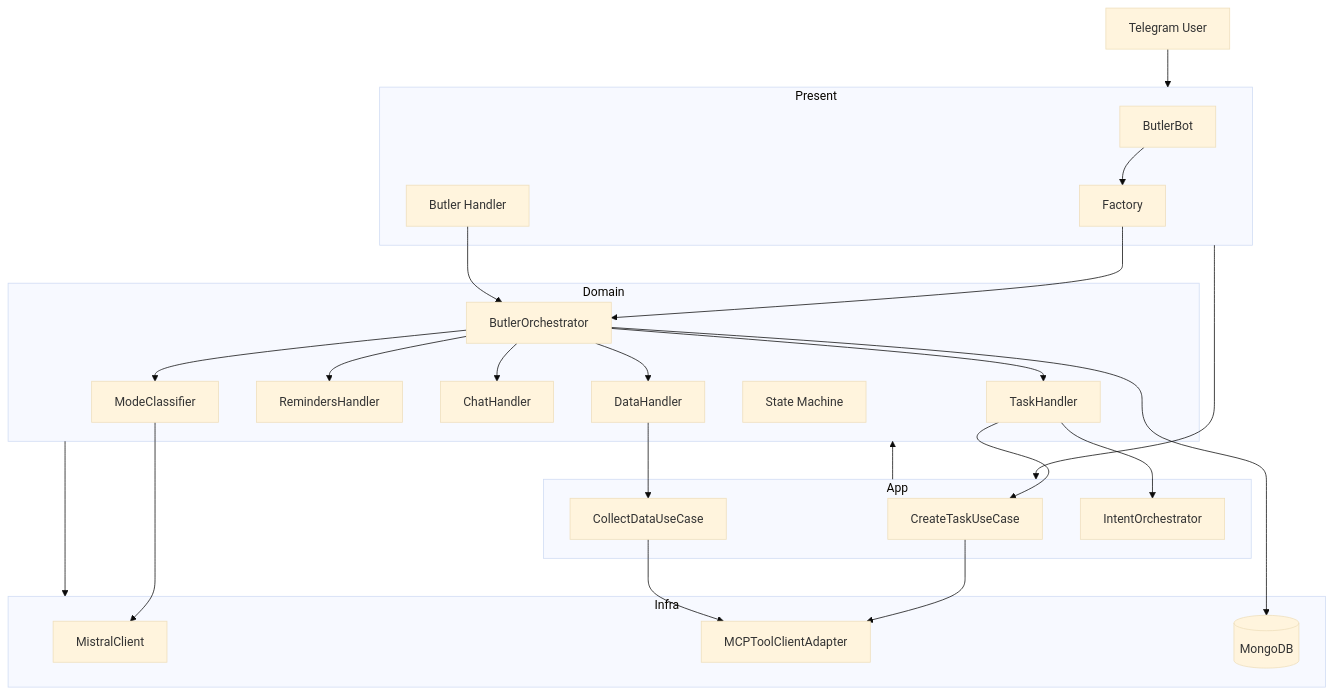
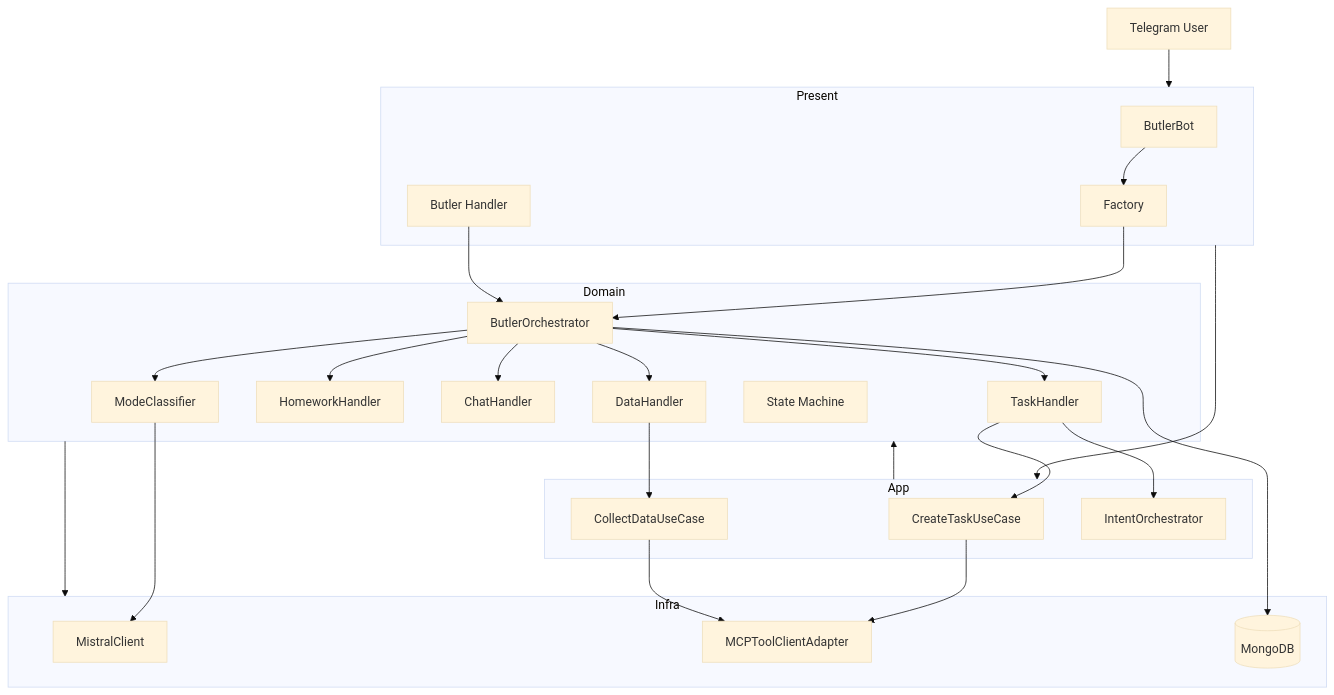
Before and after one commit to fall-out-bug/AI_Advent_Challenge: the first of 3 diagrams in docs/ARCHITECTURE.md, drawn with Mermaid (base theme). The commit also changed other lines of this file and 209 other files, not shown here.

````diff
--- a/docs/ARCHITECTURE.md
+++ b/docs/ARCHITECTURE.md
@@ -268,51 +266,51 @@
 ```mermaid
 graph TD
     User[Telegram User] --> Present[Presentation Layer]
     Present --> App[Application Layer]
     App --> Domain[Domain Layer]
     Domain --> Infra[Infrastructure Layer]
-    
+
     subgraph Present
         ButlerBot[ButlerBot]
         Factory[Factory]
         HandlerRouter[Butler Handler]
     end
-    
+
     subgraph App
         CreateTaskUC[CreateTaskUseCase]
         CollectDataUC[CollectDataUseCase]
         IntentOrch[IntentOrchestrator]
     end
-    
+
     subgraph Domain
         ButlerOrch[ButlerOrchestrator]
         TaskHandler[TaskHandler]
         DataHandler[DataHandler]
-        RemindersHandler[RemindersHandler]
+        HomeworkHandler[HomeworkHandler]
         ChatHandler[ChatHandler]
         ModeClassifier[ModeClassifier]
         FSM[State Machine]
     end
-    
+
     subgraph Infra
         MistralClient[MistralClient]
         MCPAdapter[MCPToolClientAdapter]
         MongoDB[(MongoDB)]
     end
-    
+
     ButlerBot --> Factory
     Factory --> ButlerOrch
     HandlerRouter --> ButlerOrch
     ButlerOrch --> ModeClassifier
     ButlerOrch --> TaskHandler
     ButlerOrch --> DataHandler
-    ButlerOrch --> RemindersHandler
+    ButlerOrch --> HomeworkHandler
     ButlerOrch --> ChatHandler
     TaskHandler --> CreateTaskUC
     TaskHandler --> IntentOrch
     DataHandler --> CollectDataUC
     ModeClassifier --> MistralClient
     CreateTaskUC --> MCPAdapter
     CollectDataUC --> MCPAdapter
     ButlerOrch --> MongoDB
 ```
````
